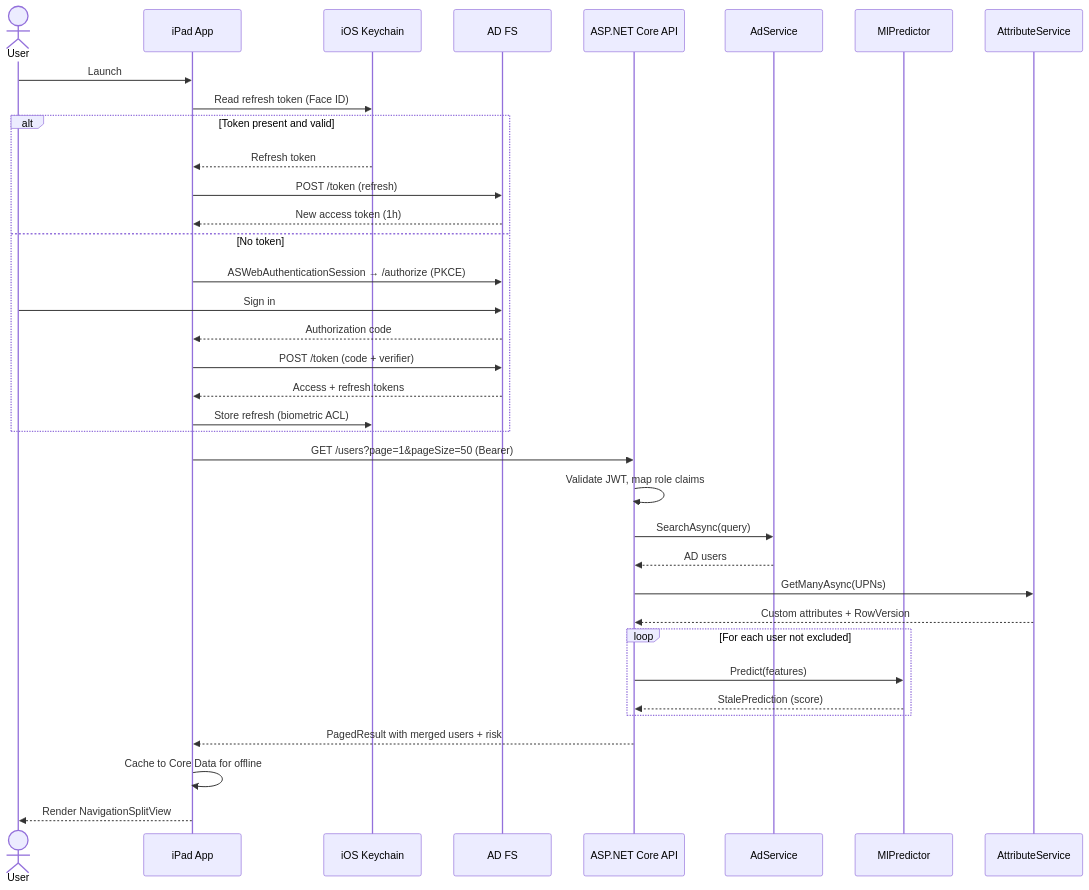
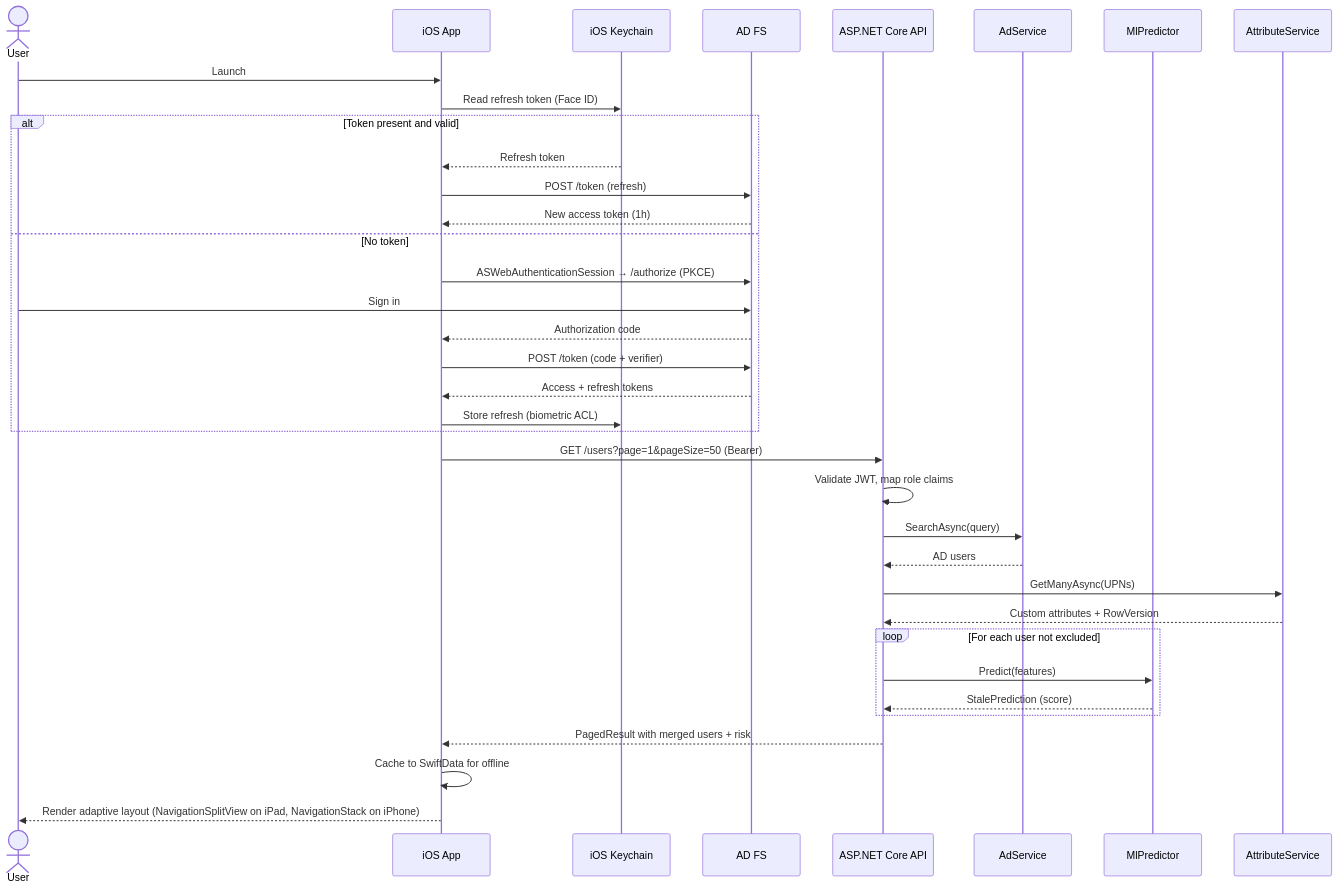
The fourth of 5 diagrams in README.md (arthurkahwa/ad-user-management), drawn with Mermaid before and after one commit. The commit also changed other lines of this file and 1 other file, not shown here.

First line of the commit message:
Reconcile architecture spec with design-review decisions

````diff
--- a/README.md
+++ b/README.md
@@ -356,42 +369,42 @@
 ```mermaid
 sequenceDiagram
     actor User
-    participant App as iPad App
+    participant App as iOS App
     participant Keychain as iOS Keychain
     participant ADFS as AD FS
     participant API as ASP.NET Core API
     participant AdSvc as AdService
     participant MLPred as MlPredictor
     participant AttrSvc as AttributeService
 
     User->>App: Launch
     App->>Keychain: Read refresh token (Face ID)
     alt Token present and valid
         Keychain-->>App: Refresh token
         App->>ADFS: POST /token (refresh)
         ADFS-->>App: New access token (1h)
     else No token
         App->>ADFS: ASWebAuthenticationSession → /authorize (PKCE)
         User->>ADFS: Sign in
         ADFS-->>App: Authorization code
         App->>ADFS: POST /token (code + verifier)
         ADFS-->>App: Access + refresh tokens
         App->>Keychain: Store refresh (biometric ACL)
     end
 
     App->>API: GET /users?page=1&pageSize=50 (Bearer)
     API->>API: Validate JWT, map role claims
     API->>AdSvc: SearchAsync(query)
     AdSvc-->>API: AD users
     API->>AttrSvc: GetManyAsync(UPNs)
     AttrSvc-->>API: Custom attributes + RowVersion
 
     loop For each user not excluded
         API->>MLPred: Predict(features)
         MLPred-->>API: StalePrediction (score)
     end
 
     API-->>App: PagedResult with merged users + risk
-    App->>App: Cache to Core Data for offline
-    App-->>User: Render NavigationSplitView
+    App->>App: Cache to SwiftData for offline
+    App-->>User: Render adaptive layout (NavigationSplitView on iPad, NavigationStack on iPhone)
 ```
````
